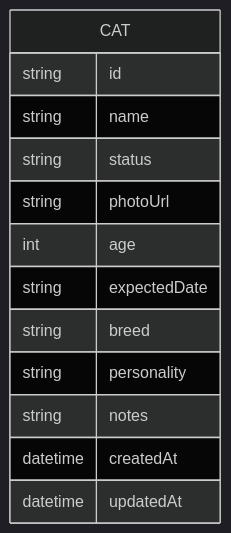
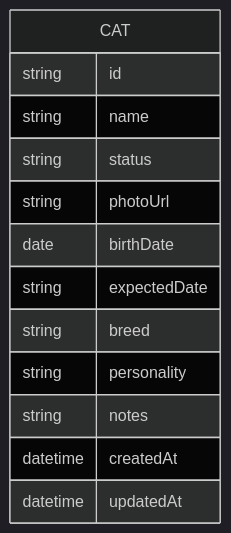
Before and after one commit to clawsun568-arch/multi-agent-cr-demo: the second of 3 diagrams in docs/cat-website-design.md, drawn with Mermaid (dark theme). The commit also changed other lines of this file, not shown here.

Commit message:
docs: address review feedback - fix diagrams, birthDate vs age, explain JSON usage, add accessibility specifics

````diff
--- a/docs/cat-website-design.md
+++ b/docs/cat-website-design.md
@@ -70,16 +78,16 @@
 ```mermaid
 erDiagram
     CAT {
       string id
       string name
       string status
       string photoUrl
-      int age
+      date birthDate
       string expectedDate
       string breed
       string personality
       string notes
       datetime createdAt
       datetime updatedAt
     }
 ```
````
